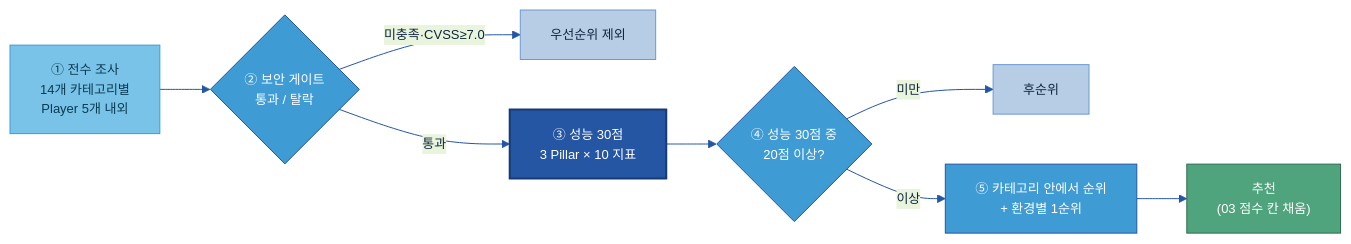
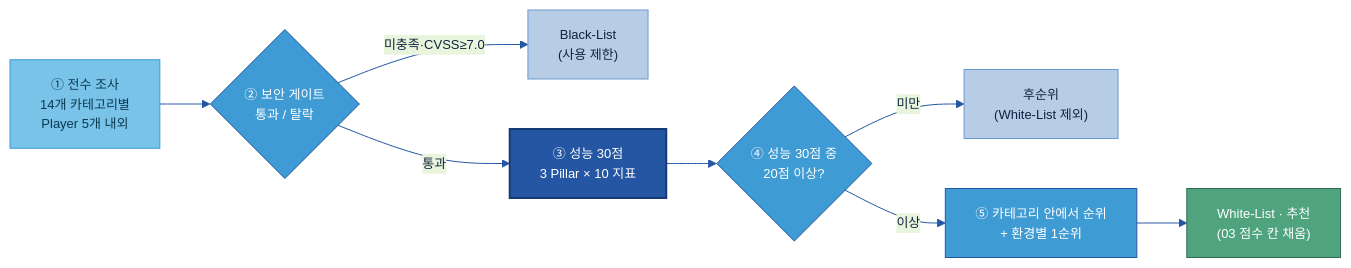
The first of 6 diagrams in Tech Player/04 Player 평가 실행안 (조사·보안·성능·비용·추천).md (jin-kearney/ai-ready-data-manual), drawn with Mermaid before and after one commit. The commit also changed other lines of this file and 2 other files, not shown here.

First line of the commit message:
docs(Tech Player): 산출을 AXC 리스트 용어로 — 보안 탈락=Black-List, 20점 이상=White-List·추천

````diff
--- a/Tech Player/04 Player 평가 실행안 (조사·보안·성능·비용·추천).md
+++ b/Tech Player/04 Player 평가 실행안 (조사·보안·성능·비용·추천).md
@@ -31,17 +31,17 @@
 ```mermaid
 %%{init: {'theme':'base','themeVariables':{'primaryColor':'#DCE8F5','primaryBorderColor':'#2456A4','primaryTextColor':'#10243f','lineColor':'#2456A4','clusterBkg':'#EEF4FB','clusterBorder':'#6B9AD1','fontSize':'13px'}}}%%
 flowchart LR
     POOL["① 전수 조사<br/>14개 카테고리별<br/>Player 5개 내외"]:::src --> GATE{"② 보안 게이트<br/>통과 / 탈락"}:::gate
-    GATE -->|"미충족·CVSS≥7.0"| OUT["우선순위 제외"]:::n
+    GATE -->|"미충족·CVSS≥7.0"| OUT["Black-List<br/>(사용 제한)"]:::n
     GATE -->|통과| PERF["③ 성능 30점<br/>3 Pillar × 10 지표"]:::cat
     PERF --> CUT{"④ 성능 30점 중<br/>20점 이상?"}:::gate
-    CUT -->|미만| LOW["후순위"]:::n
+    CUT -->|미만| LOW["후순위<br/>(White-List 제외)"]:::n
     CUT -->|이상| RANK["⑤ 카테고리 안에서 순위<br/>+ 환경별 1순위"]:::gate
-    RANK --> REC["추천<br/>(03 점수 칸 채움)"]:::loop
+    RANK --> REC["White-List · 추천<br/>(03 점수 칸 채움)"]:::loop
 
     classDef n fill:#B7CDE6,stroke:#6B9AD1,color:#10243f;
     classDef src fill:#79C3E8,stroke:#3F9BD4,color:#0b3a52;
     classDef cat fill:#2456A4,color:#fff,stroke:#163a73,stroke-width:2px;
     classDef gate fill:#3F9BD4,stroke:#2456A4,color:#fff;
     classDef loop fill:#4FA47D,stroke:#2f6b50,color:#fff;
 ```
````
